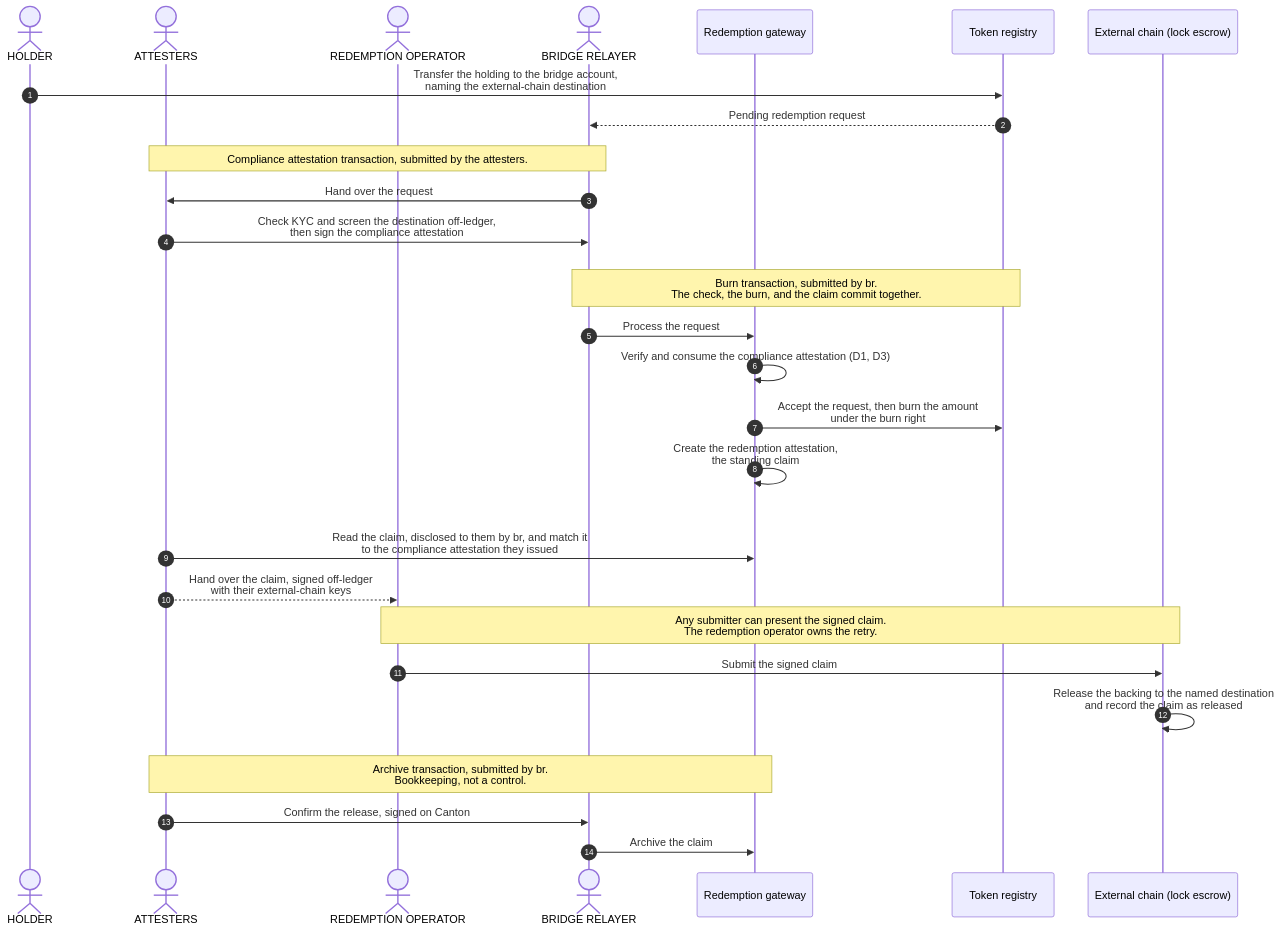
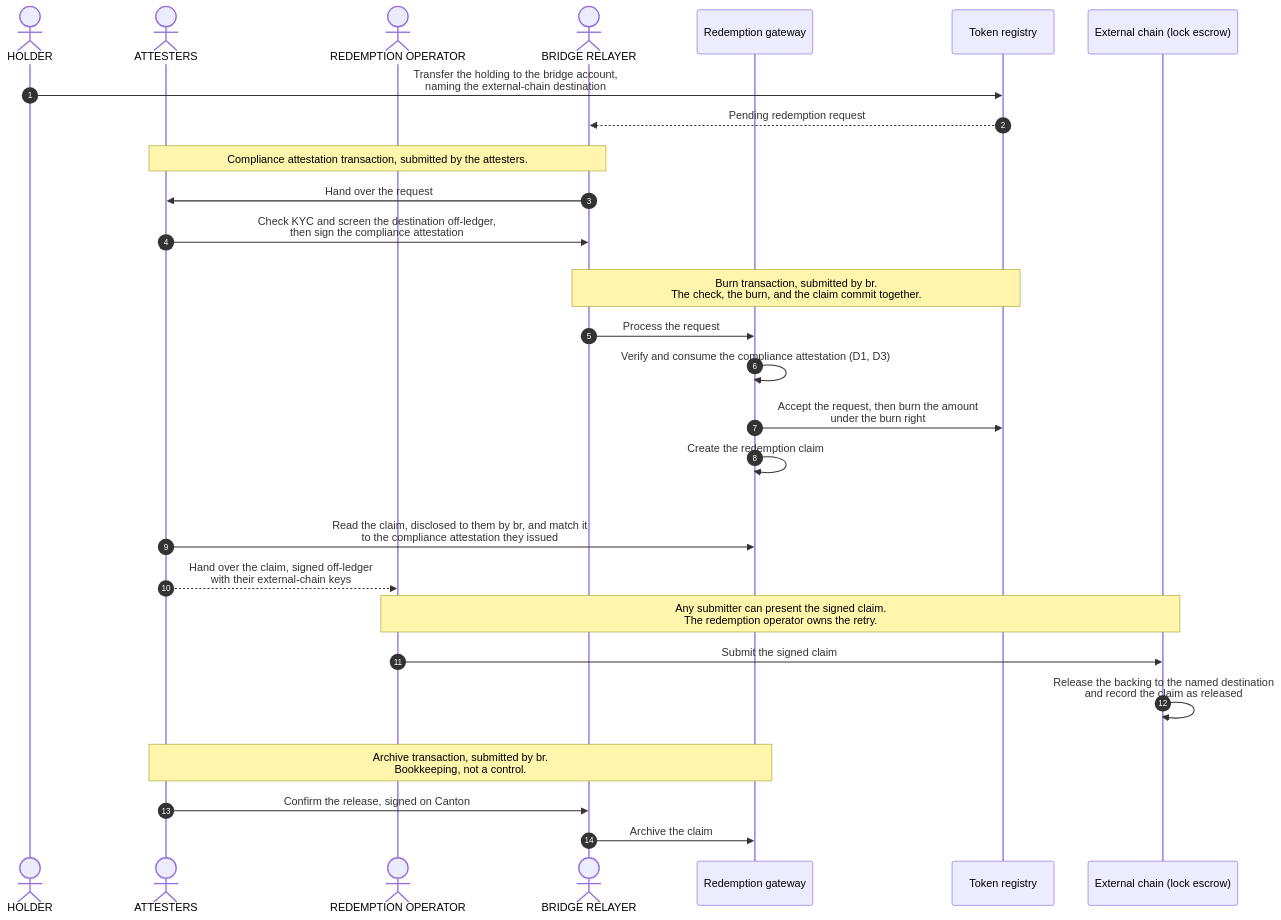
Before and after one commit to OpenZeppelin/canton-specs: the third of 3 diagrams in docs/reference-architectures/cross-chain-stablecoin.md, drawn with Mermaid. The commit also changed other lines of this file and 20 other files, not shown here.

````diff
--- a/docs/reference-architectures/cross-chain-stablecoin.md
+++ b/docs/reference-architectures/cross-chain-stablecoin.md
@@ -666,36 +684,36 @@
 ```mermaid
 sequenceDiagram
     autonumber
     actor Holder as HOLDER
     actor Attesters as ATTESTERS
     actor Operator as REDEMPTION OPERATOR
     actor Relayer as BRIDGE RELAYER
     participant Redeem as Redemption gateway
     participant Registry as Token registry
     participant Chain as External chain (lock escrow)
 
     Holder->>Registry: Transfer the holding to the bridge account,<br/>naming the external-chain destination
     Registry-->>Relayer: Pending redemption request
     rect rgba(255, 255, 255, .1)
         Note over Attesters,Relayer: Compliance attestation transaction, submitted by the attesters.
         Relayer->>Attesters: Hand over the request
         Attesters->>Relayer: Check KYC and screen the destination off-ledger,<br/>then sign the compliance attestation
     end
     rect rgba(255, 255, 255, .1)
         Note over Relayer,Registry: Burn transaction, submitted by br.<br/>The check, the burn, and the claim commit together.
         Relayer->>Redeem: Process the request
         Redeem->>Redeem: Verify and consume the compliance attestation (D1, D3)
         Redeem->>Registry: Accept the request, then burn the amount<br/>under the burn right
-        Redeem->>Redeem: Create the redemption attestation,<br/>the standing claim
+        Redeem->>Redeem: Create the redemption claim
     end
     Attesters->>Redeem: Read the claim, disclosed to them by br, and match it<br/>to the compliance attestation they issued
     Attesters-->>Operator: Hand over the claim, signed off-ledger<br/>with their external-chain keys
     Note over Operator,Chain: Any submitter can present the signed claim.<br/>The redemption operator owns the retry.
     Operator->>Chain: Submit the signed claim
     Chain->>Chain: Release the backing to the named destination<br/>and record the claim as released
     rect rgba(255, 255, 255, .1)
         Note over Attesters,Redeem: Archive transaction, submitted by br.<br/>Bookkeeping, not a control.
         Attesters->>Relayer: Confirm the release, signed on Canton
         Relayer->>Redeem: Archive the claim
     end
 ```
````
